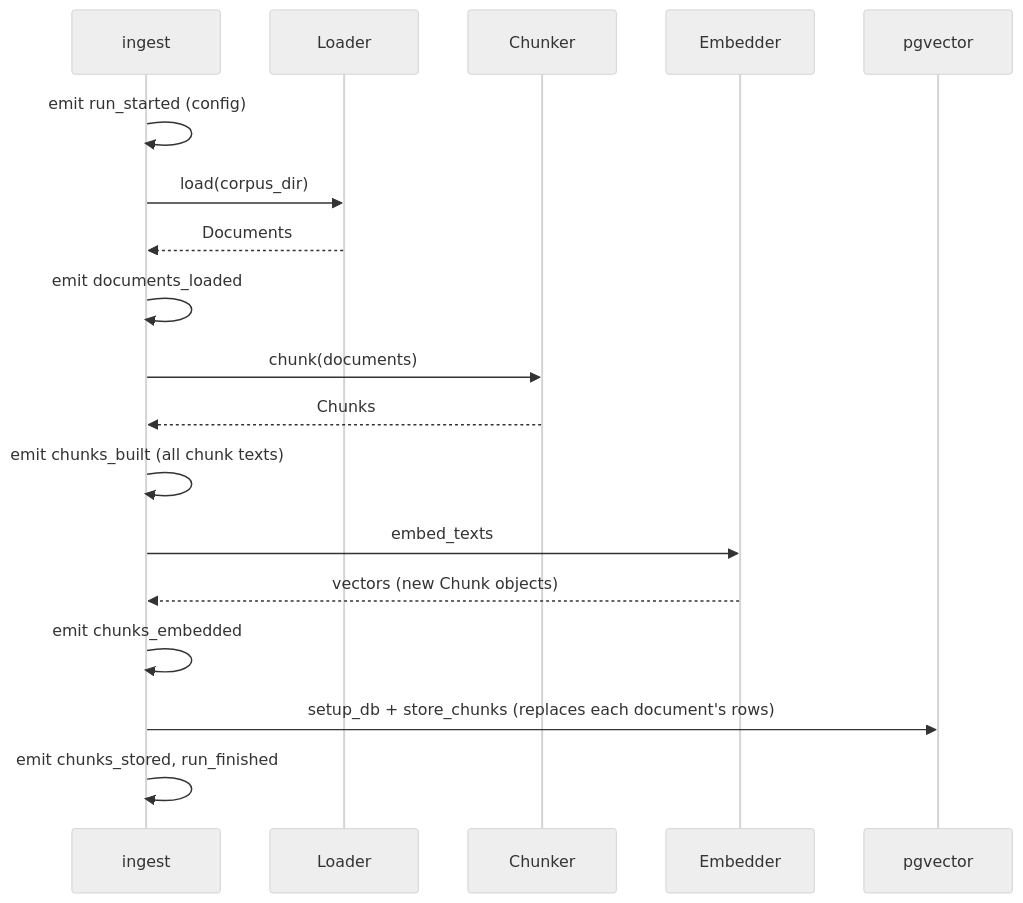
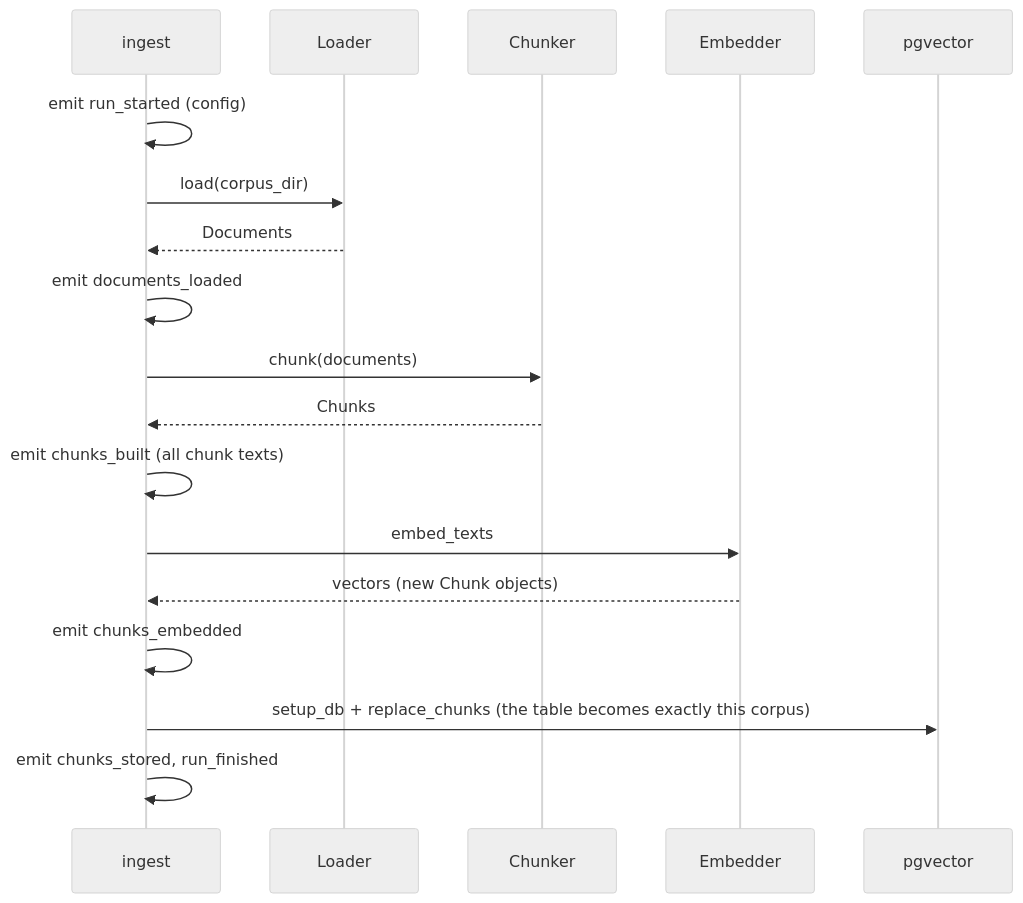
One commit to Benarbiaa/claim-verify-rag changed the eighth of 12 diagrams in docs/design.md. Above: the diagram before and after it, drawn with Mermaid (neutral theme). The commit also changed other lines of this file and 7 other files, not shown here.

Commit message:
Make ingest replace the whole chunks table; move SOURCES.md out of the corpus

````diff
--- a/docs/design.md
+++ b/docs/design.md
@@ -319,20 +319,20 @@
 ```mermaid
 sequenceDiagram
     participant O as ingest
     participant L as Loader
     participant C as Chunker
     participant E as Embedder
     participant DB as pgvector
     O->>O: emit run_started (config)
     O->>L: load(corpus_dir)
     L-->>O: Documents
     O->>O: emit documents_loaded
     O->>C: chunk(documents)
     C-->>O: Chunks
     O->>O: emit chunks_built (all chunk texts)
     O->>E: embed_texts
     E-->>O: vectors (new Chunk objects)
     O->>O: emit chunks_embedded
-    O->>DB: setup_db + store_chunks (replaces each document's rows)
+    O->>DB: setup_db + replace_chunks (the table becomes exactly this corpus)
     O->>O: emit chunks_stored, run_finished
 ```
````
